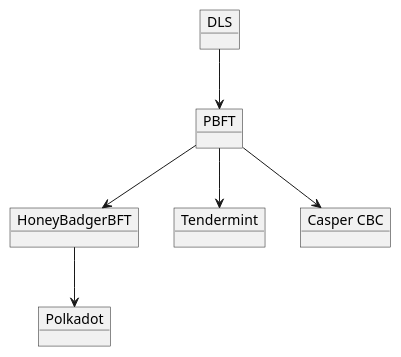
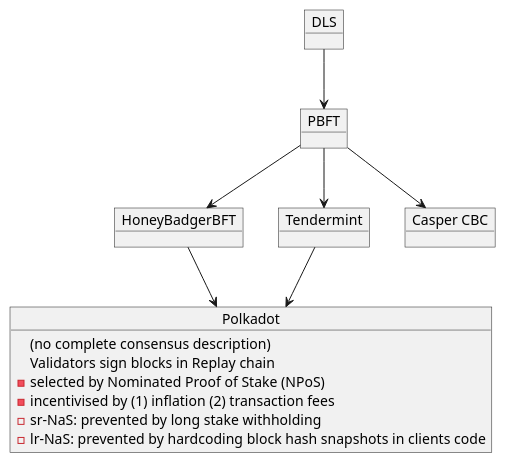
The diagram in plantuml/bft_consensuses_tree.plantuml (pandoraboxchain/papers), drawn with PlantUML before and after one commit.

```diff
--- a/plantuml/bft_consensuses_tree.plantuml
+++ b/plantuml/bft_consensuses_tree.plantuml
@@ -1,14 +1,24 @@
 @startuml
 object "DLS" as dls
 object "PBFT" as pbft
 object "HoneyBadgerBFT" as hbbft
 object "Tendermint" as tendermint
 object "Polkadot" as polkadot
 object "Casper CBC" as cbc
 
 dls --> pbft
 pbft --> hbbft
 pbft --> tendermint
 hbbft --> polkadot
+tendermint --> polkadot
 pbft --> cbc
+
+object polkadot {
+  (no complete consensus description)
+  Validators sign blocks in Replay chain
+  - selected by Nominated Proof of Stake (NPoS)
+  - incentivised by (1) inflation (2) transaction fees
+  - sr-NaS: prevented by long stake withholding
+  - lr-NaS: prevented by hardcoding block hash snapshots in clients code
+}
 @enduml
```
